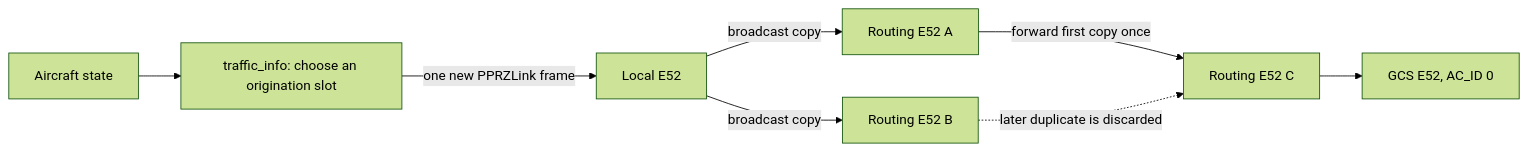
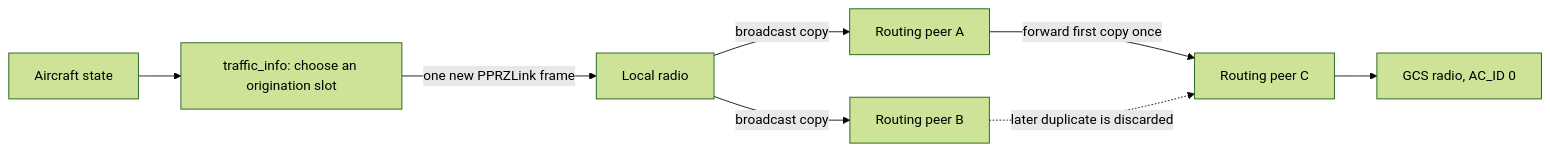
One commit to tudelft/paparazzi changed the first of 6 diagrams in doc/mesh/mesh_network_design.md. Above: the diagram before and after it, drawn with Mermaid (forest theme). The commit also changed other lines of this file and 6 other files, not shown here.

````diff
--- a/doc/mesh/mesh_network_design.md
+++ b/doc/mesh/mesh_network_design.md
@@ -89,10 +183,10 @@
 ```mermaid
 flowchart LR
   S["Aircraft state"] --> T["traffic_info: choose an origination slot"]
-  T -->|"one new PPRZLink frame"| L["Local E52"]
-  L -->|"broadcast copy"| A["Routing E52 A"]
-  L -->|"broadcast copy"| B["Routing E52 B"]
-  A -->|"forward first copy once"| C["Routing E52 C"]
+  T -->|"one new PPRZLink frame"| L["Local radio"]
+  L -->|"broadcast copy"| A["Routing peer A"]
+  L -->|"broadcast copy"| B["Routing peer B"]
+  A -->|"forward first copy once"| C["Routing peer C"]
   B -. "later duplicate is discarded" .-> C
-  C --> G["GCS E52, AC_ID 0"]
+  C --> G["GCS radio, AC_ID 0"]
 ```
````
